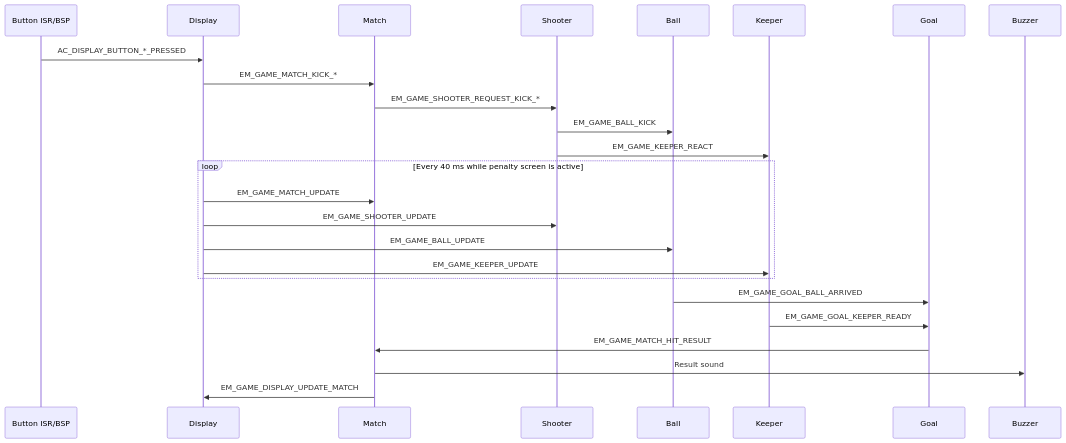
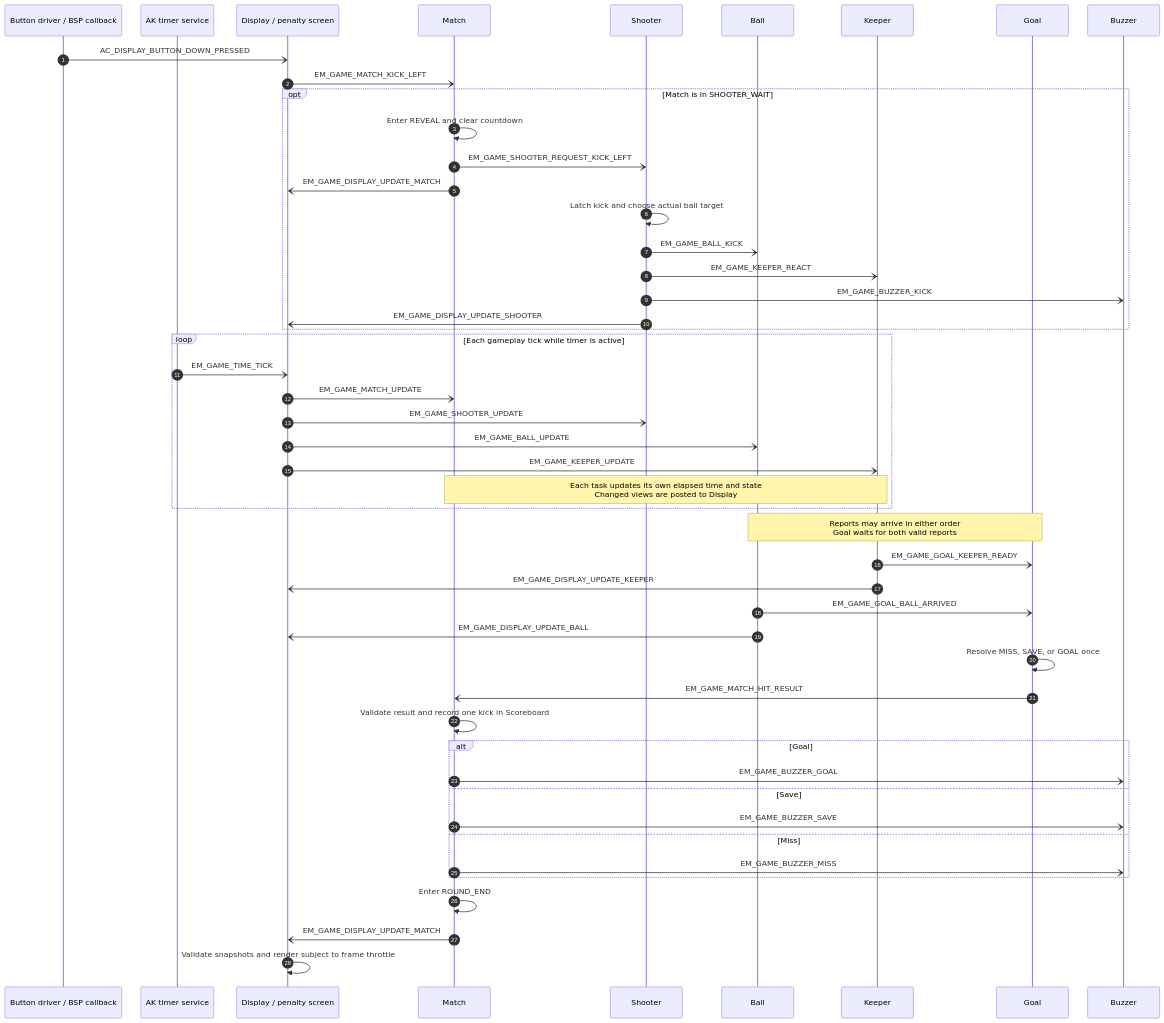
Before and after one commit to caotrongphuoc/11m-game: the second of 3 diagrams in docs/03-design-sequence-runtime.md, drawn with Mermaid. The commit also changed other lines of this file, not shown here.

````diff
--- a/docs/03-design-sequence-runtime.md
+++ b/docs/03-design-sequence-runtime.md
@@ -74,30 +87,53 @@
 ```mermaid
+%%{init: {"themeVariables": {"fontSize": "16px"}, "sequence": {"actorMargin": 40}}}%%
 sequenceDiagram
-    participant Button as Button ISR/BSP
-    participant Display
-    participant Match
-    participant Shooter
-    participant Ball
-    participant Keeper
-    participant Goal
-    participant Buzzer
+    autonumber
+    participant P as Button driver / BSP callback
+    participant T as AK timer service
+    participant D as Display / penalty screen
+    participant M as Match
+    participant S as Shooter
+    participant B as Ball
+    participant K as Keeper
+    participant G as Goal
+    participant Z as Buzzer
 
-    Button->>Display: AC_DISPLAY_BUTTON_*_PRESSED
-    Display->>Match: EM_GAME_MATCH_KICK_*
-    Match->>Shooter: EM_GAME_SHOOTER_REQUEST_KICK_*
-    Shooter->>Ball: EM_GAME_BALL_KICK
-    Shooter->>Keeper: EM_GAME_KEEPER_REACT
-
-    loop Every 40 ms while penalty screen is active
-        Display->>Match: EM_GAME_MATCH_UPDATE
-        Display->>Shooter: EM_GAME_SHOOTER_UPDATE
-        Display->>Ball: EM_GAME_BALL_UPDATE
-        Display->>Keeper: EM_GAME_KEEPER_UPDATE
+    P-)D: AC_DISPLAY_BUTTON_DOWN_PRESSED
+    D-)M: EM_GAME_MATCH_KICK_LEFT
+    opt Match is in SHOOTER_WAIT
+        M->>M: Enter REVEAL and clear countdown
+        M-)S: EM_GAME_SHOOTER_REQUEST_KICK_LEFT
+        M-)D: EM_GAME_DISPLAY_UPDATE_MATCH
+        S->>S: Latch kick and choose actual ball target
+        S-)B: EM_GAME_BALL_KICK
+        S-)K: EM_GAME_KEEPER_REACT
+        S-)Z: EM_GAME_BUZZER_KICK
+        S-)D: EM_GAME_DISPLAY_UPDATE_SHOOTER
     end
-
-    Ball->>Goal: EM_GAME_GOAL_BALL_ARRIVED
-    Keeper->>Goal: EM_GAME_GOAL_KEEPER_READY
-    Goal->>Match: EM_GAME_MATCH_HIT_RESULT
-    Match->>Buzzer: Result sound
-    Match->>Display: EM_GAME_DISPLAY_UPDATE_MATCH
+    loop Each gameplay tick while timer is active
+        T-)D: EM_GAME_TIME_TICK
+        D-)M: EM_GAME_MATCH_UPDATE
+        D-)S: EM_GAME_SHOOTER_UPDATE
+        D-)B: EM_GAME_BALL_UPDATE
+        D-)K: EM_GAME_KEEPER_UPDATE
+        Note over M,K: Each task updates its own elapsed time and state<br/>Changed views are posted to Display
+    end
+    Note over B,G: Reports may arrive in either order<br/>Goal waits for both valid reports
+    K-)G: EM_GAME_GOAL_KEEPER_READY
+    K-)D: EM_GAME_DISPLAY_UPDATE_KEEPER
+    B-)G: EM_GAME_GOAL_BALL_ARRIVED
+    B-)D: EM_GAME_DISPLAY_UPDATE_BALL
+    G->>G: Resolve MISS, SAVE, or GOAL once
+    G-)M: EM_GAME_MATCH_HIT_RESULT
+    M->>M: Validate result and record one kick in Scoreboard
+    alt Goal
+        M-)Z: EM_GAME_BUZZER_GOAL
+    else Save
+        M-)Z: EM_GAME_BUZZER_SAVE
+    else Miss
+        M-)Z: EM_GAME_BUZZER_MISS
+    end
+    M->>M: Enter ROUND_END
+    M-)D: EM_GAME_DISPLAY_UPDATE_MATCH
+    D->>D: Validate snapshots and render subject to frame throttle
 ```
````
